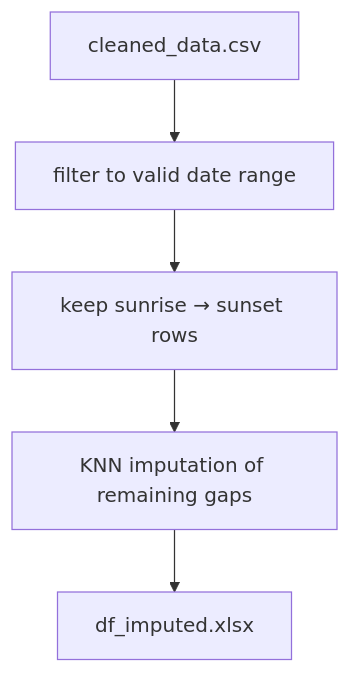
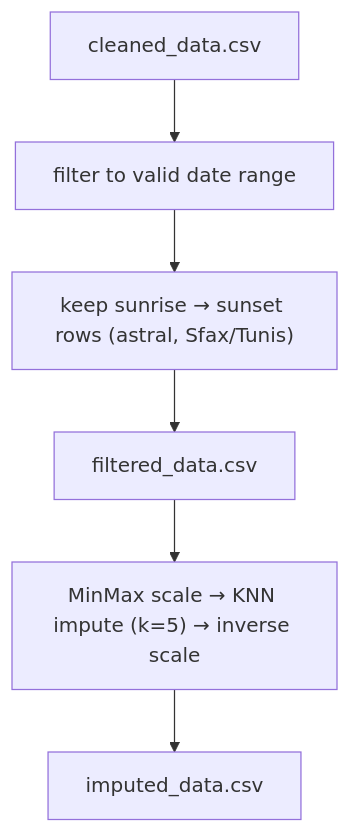
Before and after one commit to lambda-cast/TimeSeriesForcasting: the second of 3 diagrams in README.md, drawn with Mermaid. The commit also changed other lines of this file and 1 other file, not shown here.

````diff
--- a/README.md
+++ b/README.md
@@ -78,7 +117,8 @@
 ```mermaid
 flowchart TB
     A["cleaned_data.csv"] --> B["filter to valid date range"]
-    B --> C["keep sunrise → sunset rows"]
-    C --> D["KNN imputation of remaining gaps"]
-    D --> E["df_imputed.xlsx"]
+    B --> C["keep sunrise → sunset rows (astral, Sfax/Tunis)"]
+    C --> C2["filtered_data.csv"]
+    C2 --> D["MinMax scale → KNN impute (k=5) → inverse scale"]
+    D --> E["imputed_data.csv"]
 ```
````
